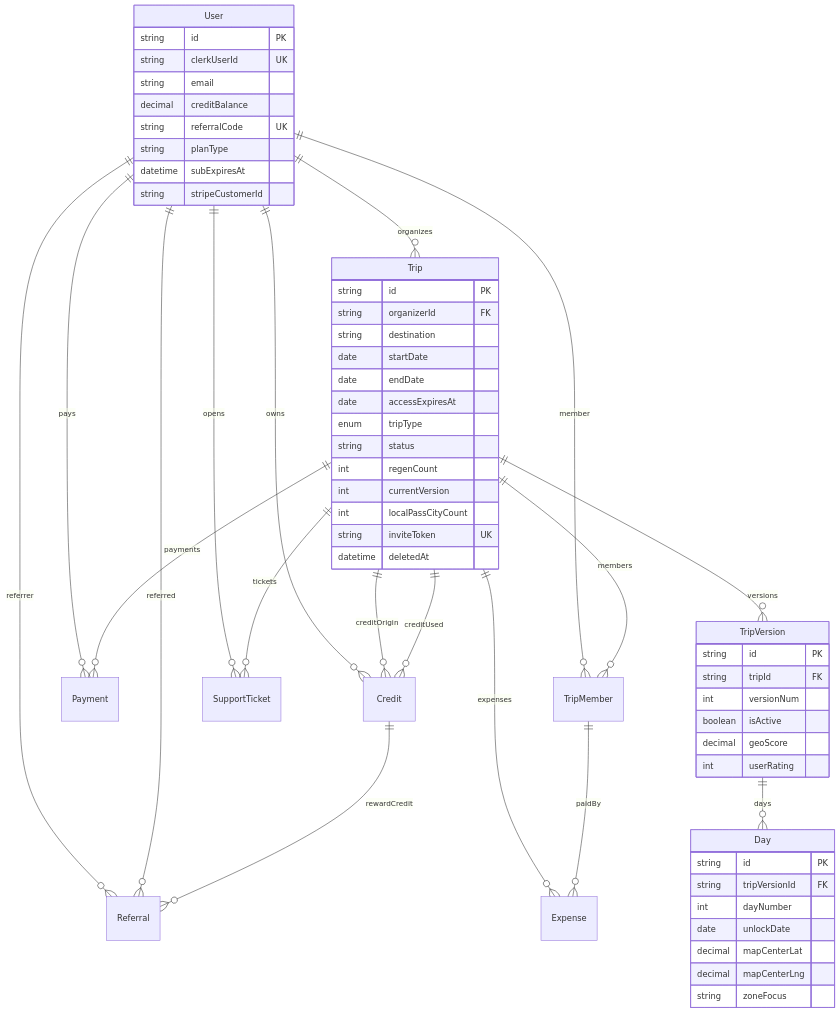
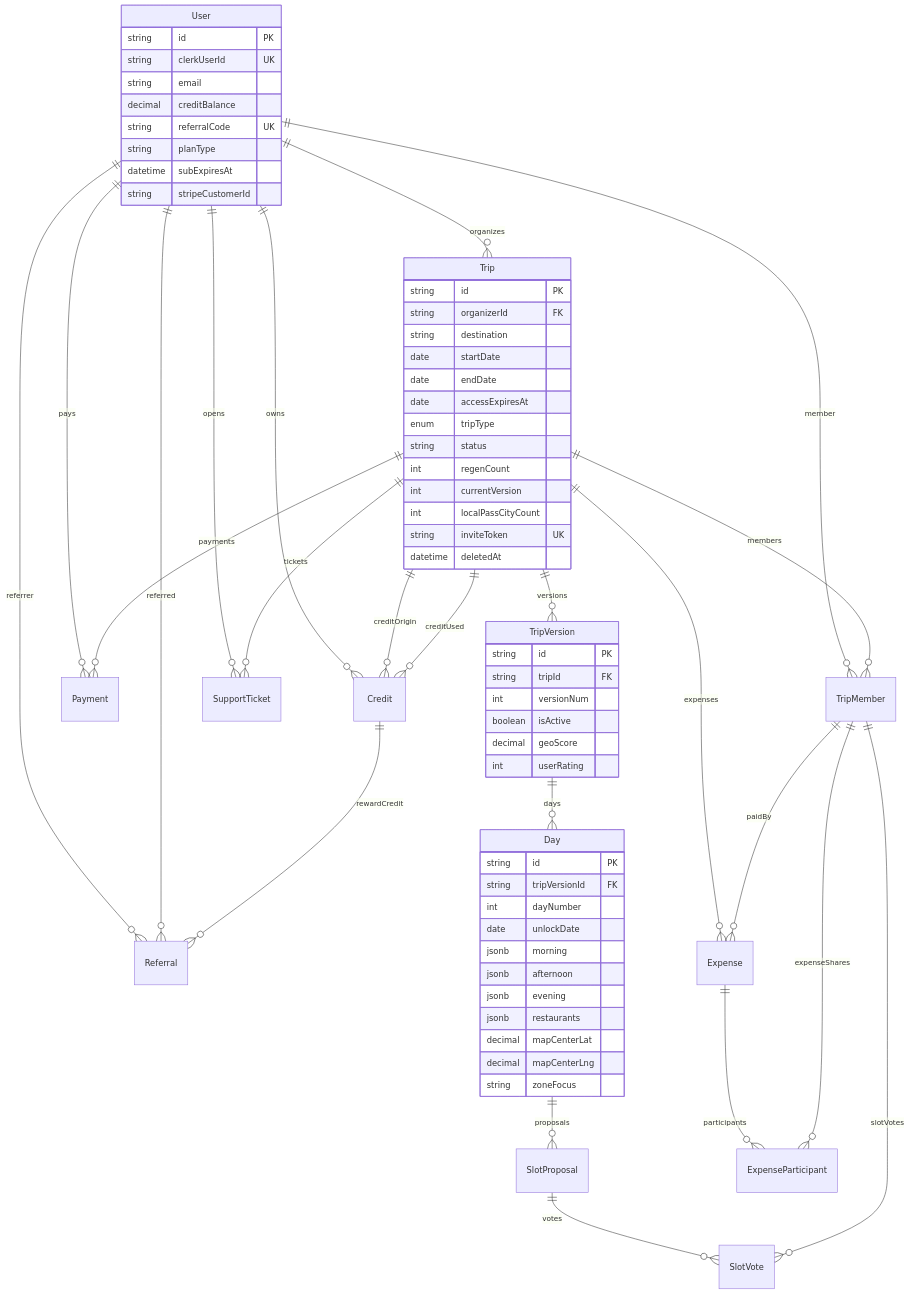
Before and after one commit to tonypis1/EasyTripSaaS: the diagram in easytrip-saas/architecture-docs/03_DATABASE.md, drawn with Mermaid. The commit also changed other lines of this file and 145 other files, not shown here.

First line of the commit message:
Roadmap EasyTrip: Step 1-13, privacy GDPR e viaggi lunghi a blocchi (#58)

````diff
--- a/easytrip-saas/architecture-docs/03_DATABASE.md
+++ b/easytrip-saas/architecture-docs/03_DATABASE.md
@@ -16,70 +16,79 @@
 ```mermaid
 erDiagram
   User ||--o{ Trip : organizes
   User ||--o{ TripMember : member
   User ||--o{ Payment : pays
   User ||--o{ Credit : owns
   User ||--o{ SupportTicket : opens
   User ||--o{ Referral : referrer
   User ||--o{ Referral : referred
 
   Trip ||--o{ TripVersion : versions
   Trip ||--o{ TripMember : members
   Trip ||--o{ Expense : expenses
   Trip ||--o{ Payment : payments
   Trip ||--o{ Credit : creditOrigin
   Trip ||--o{ Credit : creditUsed
   Trip ||--o{ SupportTicket : tickets
 
   TripVersion ||--o{ Day : days
+  Day ||--o{ SlotProposal : proposals
+  SlotProposal ||--o{ SlotVote : votes
+  TripMember ||--o{ SlotVote : slotVotes
 
   TripMember ||--o{ Expense : paidBy
+  Expense ||--o{ ExpenseParticipant : participants
+  TripMember ||--o{ ExpenseParticipant : expenseShares
 
   Credit ||--o{ Referral : rewardCredit
 
   User {
     string id PK
     string clerkUserId UK
     string email
     decimal creditBalance
     string referralCode UK
     string planType
     datetime subExpiresAt
     string stripeCustomerId
   }
 
   Trip {
     string id PK
     string organizerId FK
     string destination
     date startDate
     date endDate
     date accessExpiresAt
     enum tripType
     string status
     int regenCount
     int currentVersion
     int localPassCityCount
     string inviteToken UK
     datetime deletedAt
   }
 
   TripVersion {
     string id PK
     string tripId FK
     int versionNum
     boolean isActive
     decimal geoScore
     int userRating
   }
 
   Day {
     string id PK
     string tripVersionId FK
     int dayNumber
     date unlockDate
+    jsonb morning
+    jsonb afternoon
+    jsonb evening
+    jsonb restaurants
     decimal mapCenterLat
     decimal mapCenterLng
     string zoneFocus
   }
 ```
````
